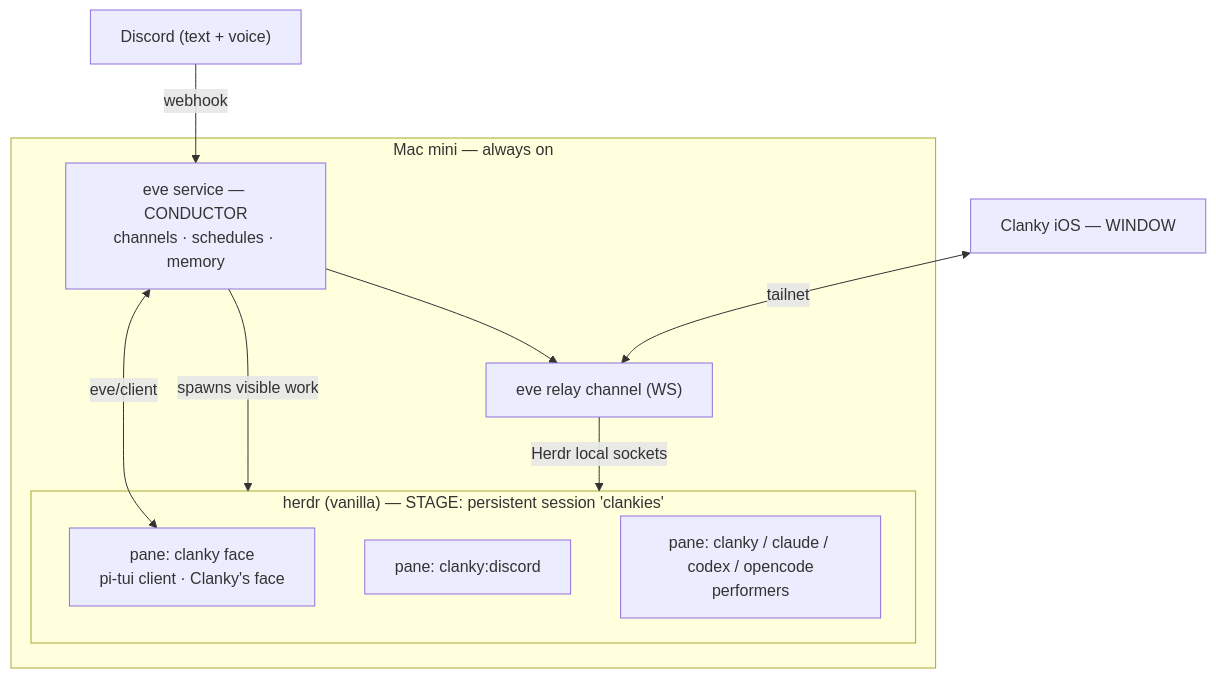
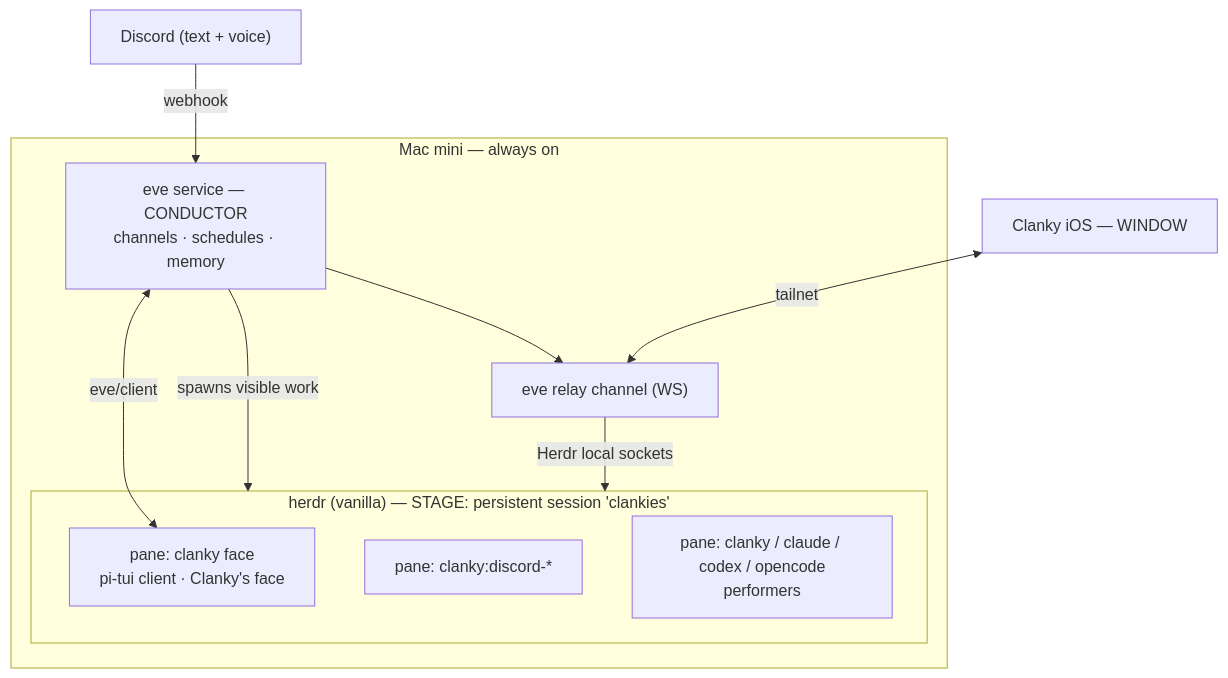
One commit to Volpestyle/clanky changed the diagram in README.md. Above: the diagram before and after it, drawn with Mermaid. The commit also changed other lines of this file and 24 other files, not shown here.

````diff
--- a/README.md
+++ b/README.md
@@ -45,21 +45,21 @@
 ```mermaid
 flowchart TB
   subgraph mac["Mac mini — always on"]
     subgraph herdr["herdr (vanilla) — STAGE: persistent session 'clankies'"]
       face["pane: clanky face<br/>pi-tui client · Clanky's face"]
-      disc["pane: clanky:discord"]
+      disc["pane: clanky:discord-*"]
       w1["pane: clanky / claude / codex / opencode<br/>performers"]
     end
     eve["eve service — CONDUCTOR<br/>channels · schedules · memory"]
     relay["eve relay channel (WS)"]
   end
   phone["Clanky iOS — WINDOW"]
   discord["Discord (text + voice)"]
 
   discord -->|webhook| eve
   eve -->|spawns visible work| herdr
   eve <-->|eve/client| face
   eve --> relay
   relay -->|Herdr local sockets| herdr
   phone <-->|tailnet| relay
 ```
````
